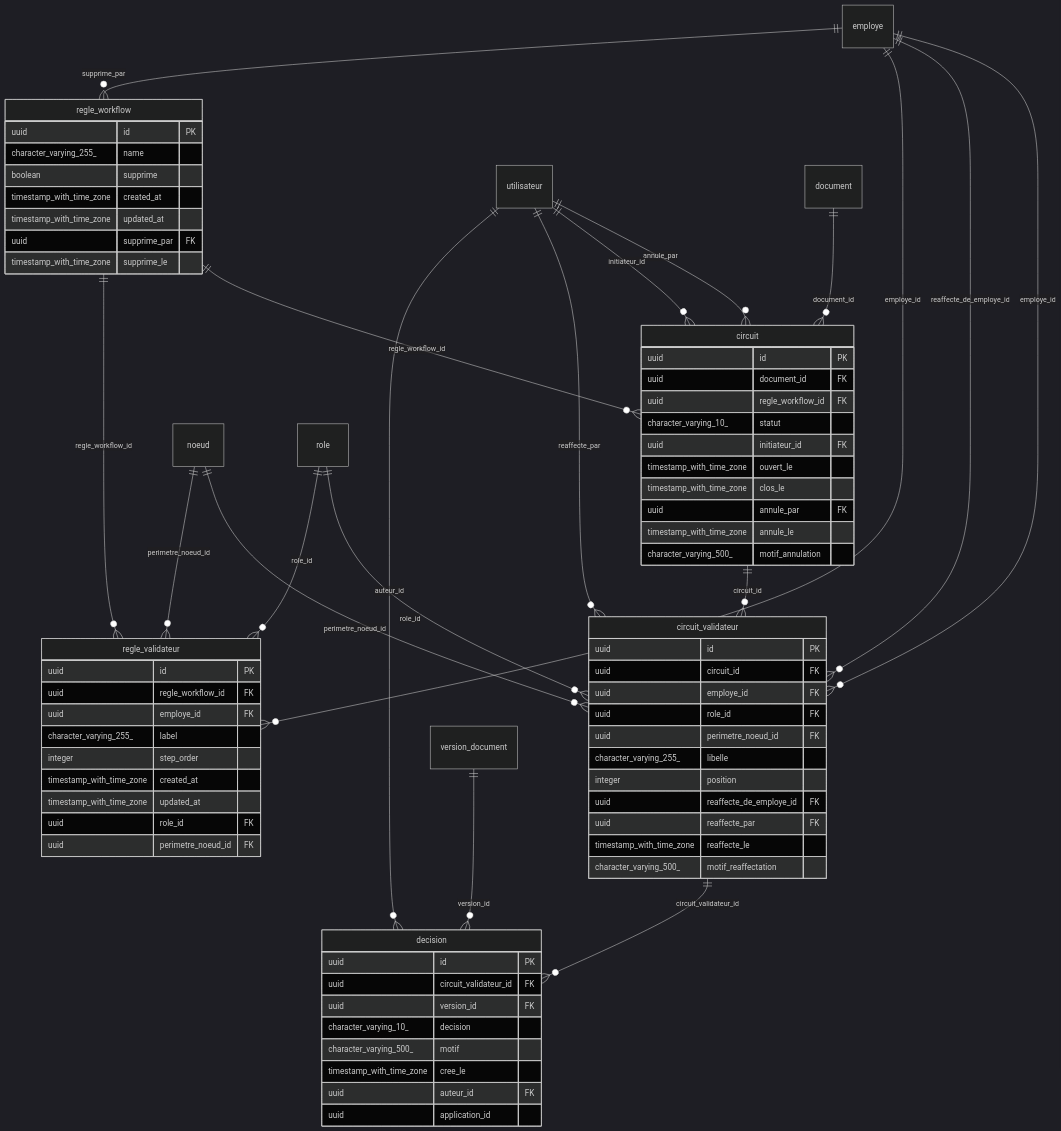
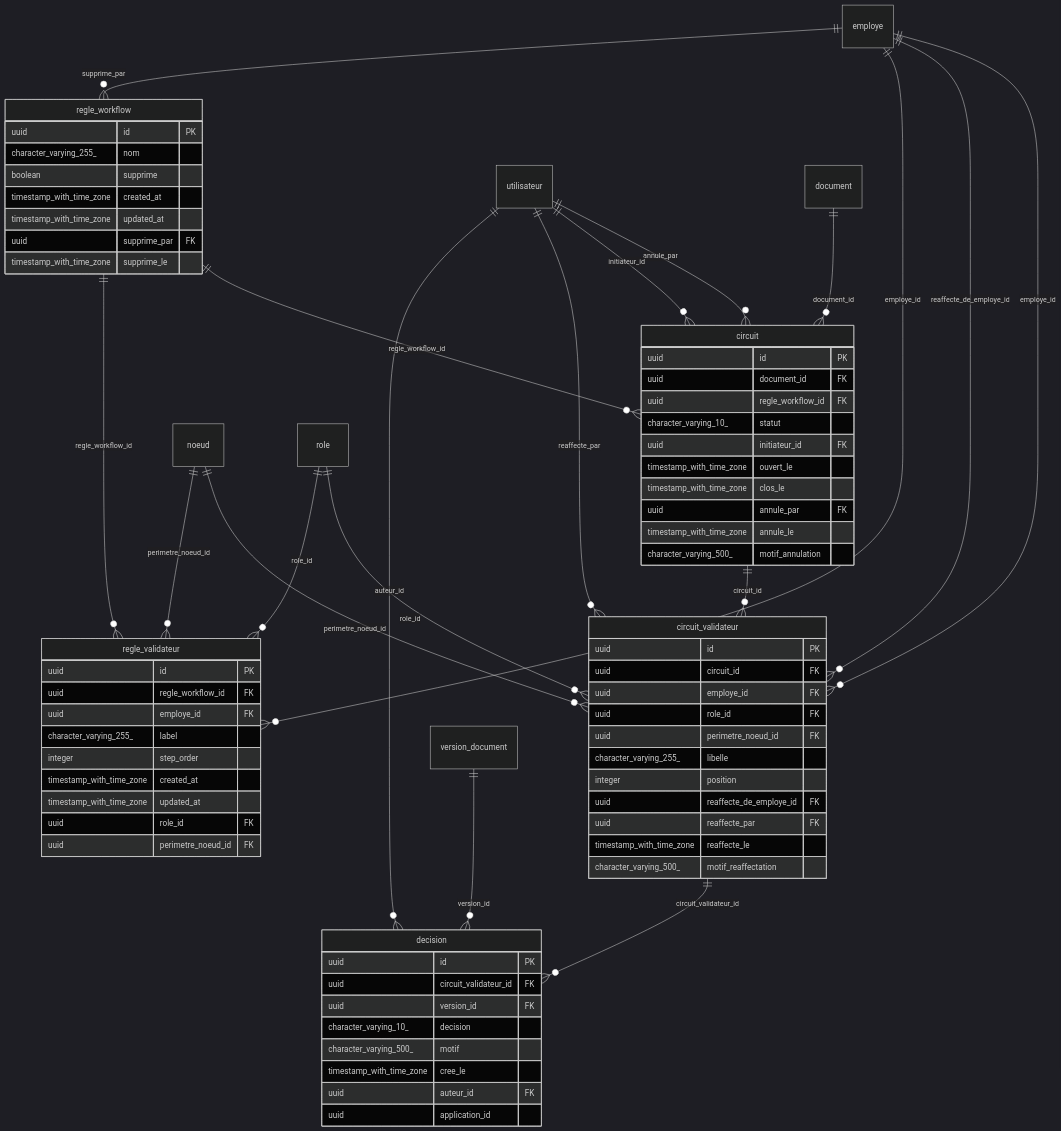
Before and after one commit to abddou2000/GED: the sixth of 7 diagrams in docs/modelisation/SCHEMA-BASE.md, drawn with Mermaid (dark theme). The commit also changed other lines of this file and 21 other files, not shown here.

First line of the commit message:
Retirer les droits hérités des groupes et nommer « nom » les colonnes name (T-025)

````diff
--- a/docs/modelisation/SCHEMA-BASE.md
+++ b/docs/modelisation/SCHEMA-BASE.md
@@ -528,76 +523,76 @@
 ```mermaid
 erDiagram
   circuit {
     uuid id PK
     uuid document_id FK
     uuid regle_workflow_id FK
     character_varying_10_ statut
     uuid initiateur_id FK
     timestamp_with_time_zone ouvert_le
     timestamp_with_time_zone clos_le
     uuid annule_par FK
     timestamp_with_time_zone annule_le
     character_varying_500_ motif_annulation
   }
   circuit_validateur {
     uuid id PK
     uuid circuit_id FK
     uuid employe_id FK
     uuid role_id FK
     uuid perimetre_noeud_id FK
     character_varying_255_ libelle
     integer position
     uuid reaffecte_de_employe_id FK
     uuid reaffecte_par FK
     timestamp_with_time_zone reaffecte_le
     character_varying_500_ motif_reaffectation
   }
   decision {
     uuid id PK
     uuid circuit_validateur_id FK
     uuid version_id FK
     character_varying_10_ decision
     character_varying_500_ motif
     timestamp_with_time_zone cree_le
     uuid auteur_id FK
     uuid application_id
   }
   regle_validateur {
     uuid id PK
     uuid regle_workflow_id FK
     uuid employe_id FK
     character_varying_255_ label
     integer step_order
     timestamp_with_time_zone created_at
     timestamp_with_time_zone updated_at
     uuid role_id FK
     uuid perimetre_noeud_id FK
   }
   regle_workflow {
     uuid id PK
-    character_varying_255_ name
+    character_varying_255_ nom
     boolean supprime
     timestamp_with_time_zone created_at
     timestamp_with_time_zone updated_at
     uuid supprime_par FK
     timestamp_with_time_zone supprime_le
   }
   utilisateur ||--o{ circuit : "annule_par"
   document ||--o{ circuit : "document_id"
   utilisateur ||--o{ circuit : "initiateur_id"
   regle_workflow ||--o{ circuit : "regle_workflow_id"
   circuit ||--o{ circuit_validateur : "circuit_id"
   employe ||--o{ circuit_validateur : "employe_id"
   noeud ||--o{ circuit_validateur : "perimetre_noeud_id"
   employe ||--o{ circuit_validateur : "reaffecte_de_employe_id"
   utilisateur ||--o{ circuit_validateur : "reaffecte_par"
   role ||--o{ circuit_validateur : "role_id"
   utilisateur ||--o{ decision : "auteur_id"
   circuit_validateur ||--o{ decision : "circuit_validateur_id"
   version_document ||--o{ decision : "version_id"
   employe ||--o{ regle_validateur : "employe_id"
   noeud ||--o{ regle_validateur : "perimetre_noeud_id"
   regle_workflow ||--o{ regle_validateur : "regle_workflow_id"
   role ||--o{ regle_validateur : "role_id"
   employe ||--o{ regle_workflow : "supprime_par"
 ```
````
